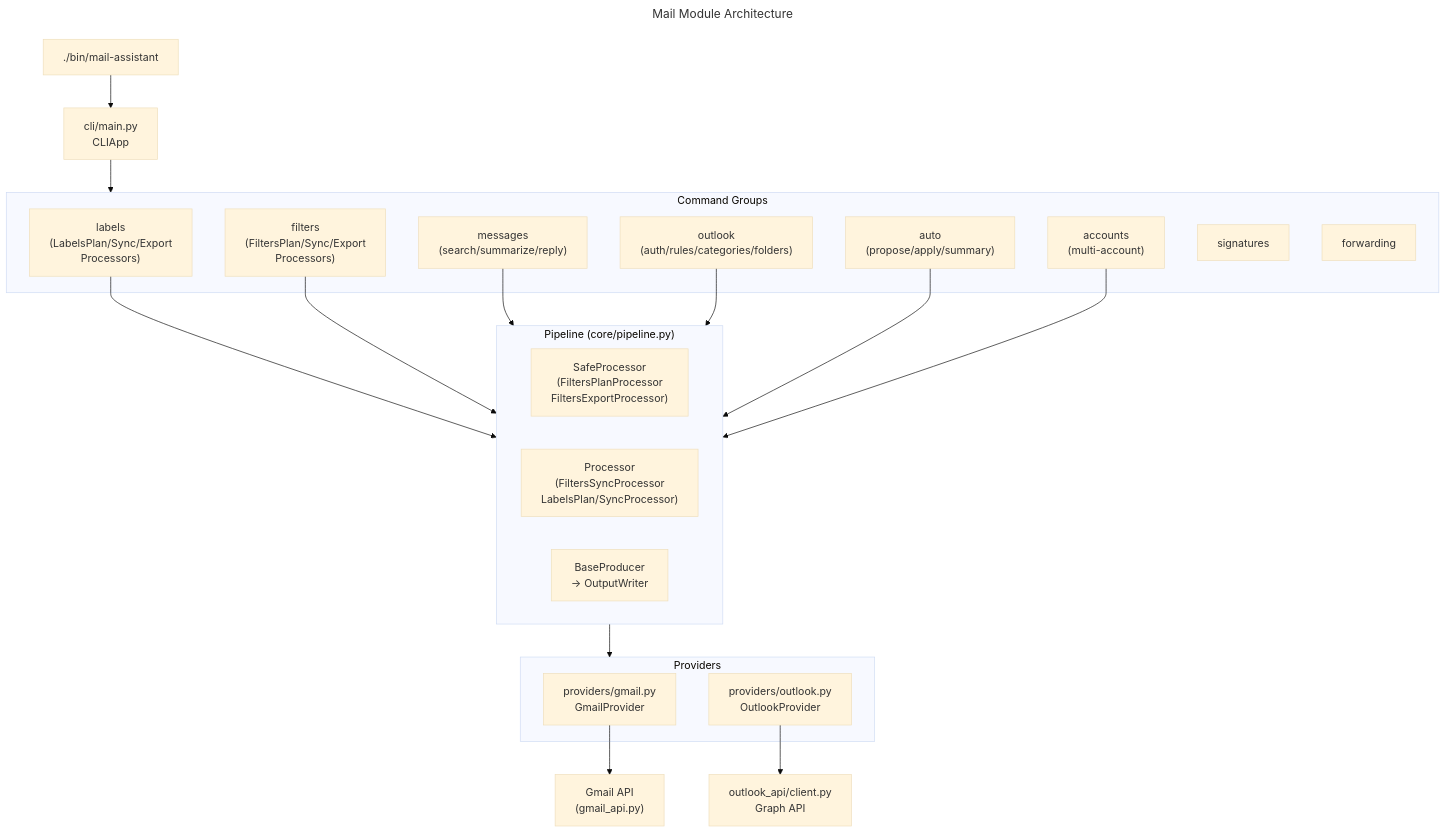
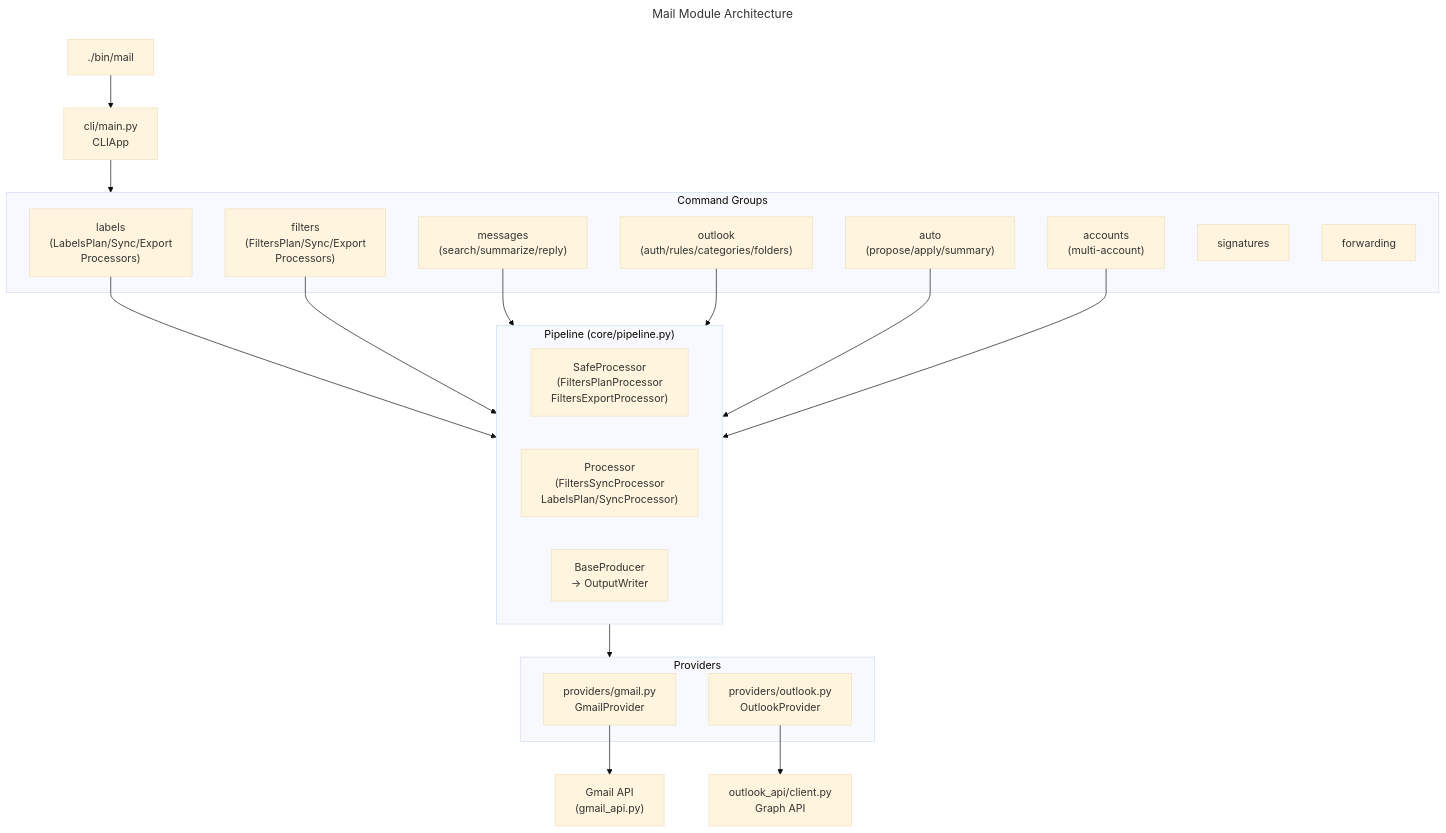
The first of 2 diagrams in src/mail/README.md (dancing-bear-show/dancing-bear), drawn with Mermaid (base theme) before and after one commit. The commit also changed other lines of this file and 45 other files, not shown here.

````diff
--- a/src/mail/README.md
+++ b/src/mail/README.md
@@ -11,41 +11,41 @@
 ```mermaid
 ---
 title: Mail Module Architecture
 ---
 flowchart TB
-    bin["./bin/mail-assistant"]
+    bin["./bin/mail"]
     cli["cli/main.py\nCLIApp"]
     subgraph groups["Command Groups"]
         g_labels["labels\n(LabelsPlan/Sync/Export\nProcessors)"]
         g_filters["filters\n(FiltersPlan/Sync/Export\nProcessors)"]
         g_messages["messages\n(search/summarize/reply)"]
         g_outlook["outlook\n(auth/rules/categories/folders)"]
         g_auto["auto\n(propose/apply/summary)"]
         g_accounts["accounts\n(multi-account)"]
         g_sigs["signatures"]
         g_fwd["forwarding"]
     end
     subgraph providers["Providers"]
         p_gmail["providers/gmail.py\nGmailProvider"]
         p_outlook["providers/outlook.py\nOutlookProvider"]
     end
     subgraph pipeline["Pipeline (core/pipeline.py)"]
         proc["SafeProcessor\n(FiltersPlanProcessor\nFiltersExportProcessor)"]
         proc_plain["Processor\n(FiltersSyncProcessor\nLabelsPlan/SyncProcessor)"]
         prod["BaseProducer\n→ OutputWriter"]
     end
     api_gmail["Gmail API\n(gmail_api.py)"]
     api_outlook["outlook_api/client.py\nGraph API"]
 
     bin --> cli
     cli --> groups
     g_labels --> pipeline
     g_filters --> pipeline
     g_messages --> pipeline
     g_outlook --> pipeline
     g_auto --> pipeline
     g_accounts --> pipeline
     pipeline --> providers
     p_gmail --> api_gmail
     p_outlook --> api_outlook
 ```
````
